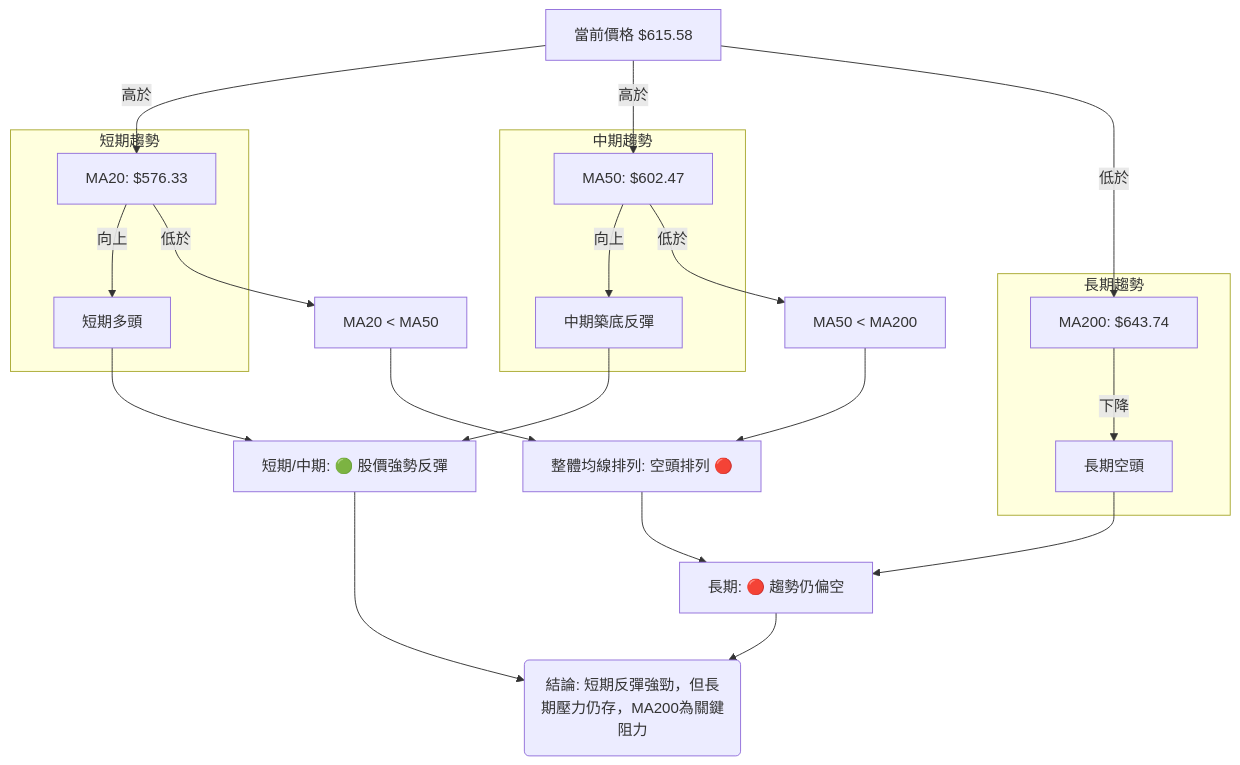
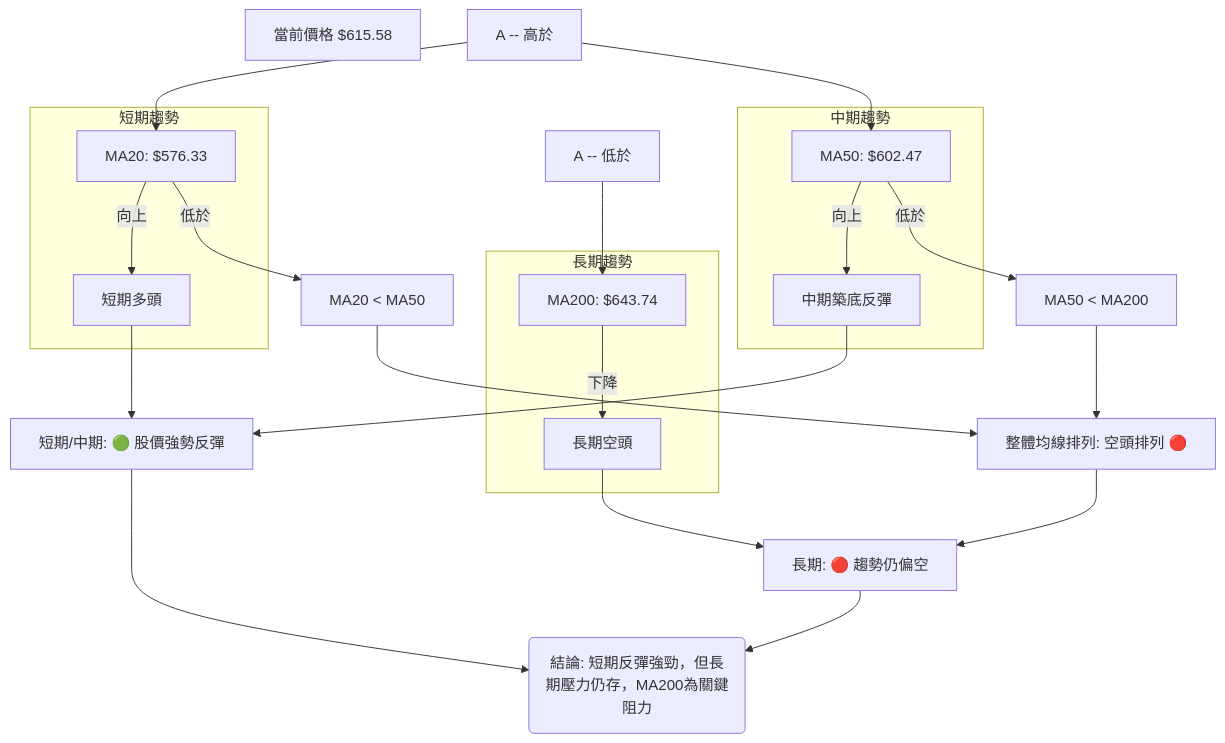
Before and after one commit to yennanliu/finance_data: the sixth of 10 diagrams in ai_gen_report/stock/meta/technical_analysis_2026-07-08_gemini.md, drawn with Mermaid. The commit also changed other lines of this file and 2258 other files, not shown here.

First line of the commit message:
chore: backfill Mermaid syntax repair across existing reports

````diff
--- a/ai_gen_report/stock/meta/technical_analysis_2026-07-08_gemini.md
+++ b/ai_gen_report/stock/meta/technical_analysis_2026-07-08_gemini.md
@@ -455,32 +455,32 @@
 ```mermaid
 graph TD
-    A[當前價格 $615.58]
-    B[MA20: $576.33]
-    C[MA50: $602.47]
-    D[MA200: $643.74]
+    A["當前價格 $615.58"]
+    B["MA20: $576.33"]
+    C["MA50: $602.47"]
+    D["MA200: $643.74"]
 
-    A -- 高於 --> B
-    A -- 高於 --> C
-    A -- 低於 --> D
+    nb1["A -- 高於"] --> B
+    nb1["A -- 高於"] --> C
+    nb2["A -- 低於"] --> D
 
     subgraph 短期趨勢
-        B -- 向上 --> B_trend[短期多頭]
+        B -- 向上 --> B_trend["短期多頭"]
     end
 
     subgraph 中期趨勢
-        C -- 向上 --> C_trend[中期築底反彈]
+        C -- 向上 --> C_trend["中期築底反彈"]
     end
 
     subgraph 長期趨勢
-        D -- 下降 --> D_trend[長期空頭]
+        D -- 下降 --> D_trend["長期空頭"]
     end
 
-    B -- 低於 --> C_order[MA20 < MA50]
-    C -- 低於 --> D_order[MA50 < MA200]
-    C_order & D_order --> E[整體均線排列: 空頭排列 🔴]
+    B -- 低於 --> C_order["MA20 < MA50"]
+    C -- 低於 --> D_order["MA50 < MA200"]
+    C_order & D_order --> E["整體均線排列: 空頭排列 🔴"]
 
-    B_trend & C_trend --> F[短期/中期: 🟢 股價強勢反彈]
-    D_trend & E --> G[長期: 🔴 趨勢仍偏空]
+    B_trend & C_trend --> F["短期/中期: 🟢 股價強勢反彈"]
+    D_trend & E --> G["長期: 🔴 趨勢仍偏空"]
 
-    F & G --> H(結論: 短期反彈強勁，但長期壓力仍存，MA200為關鍵阻力)
+    F & G --> H("結論: 短期反彈強勁，但長期壓力仍存，MA200為關鍵阻力")
 ```
````
